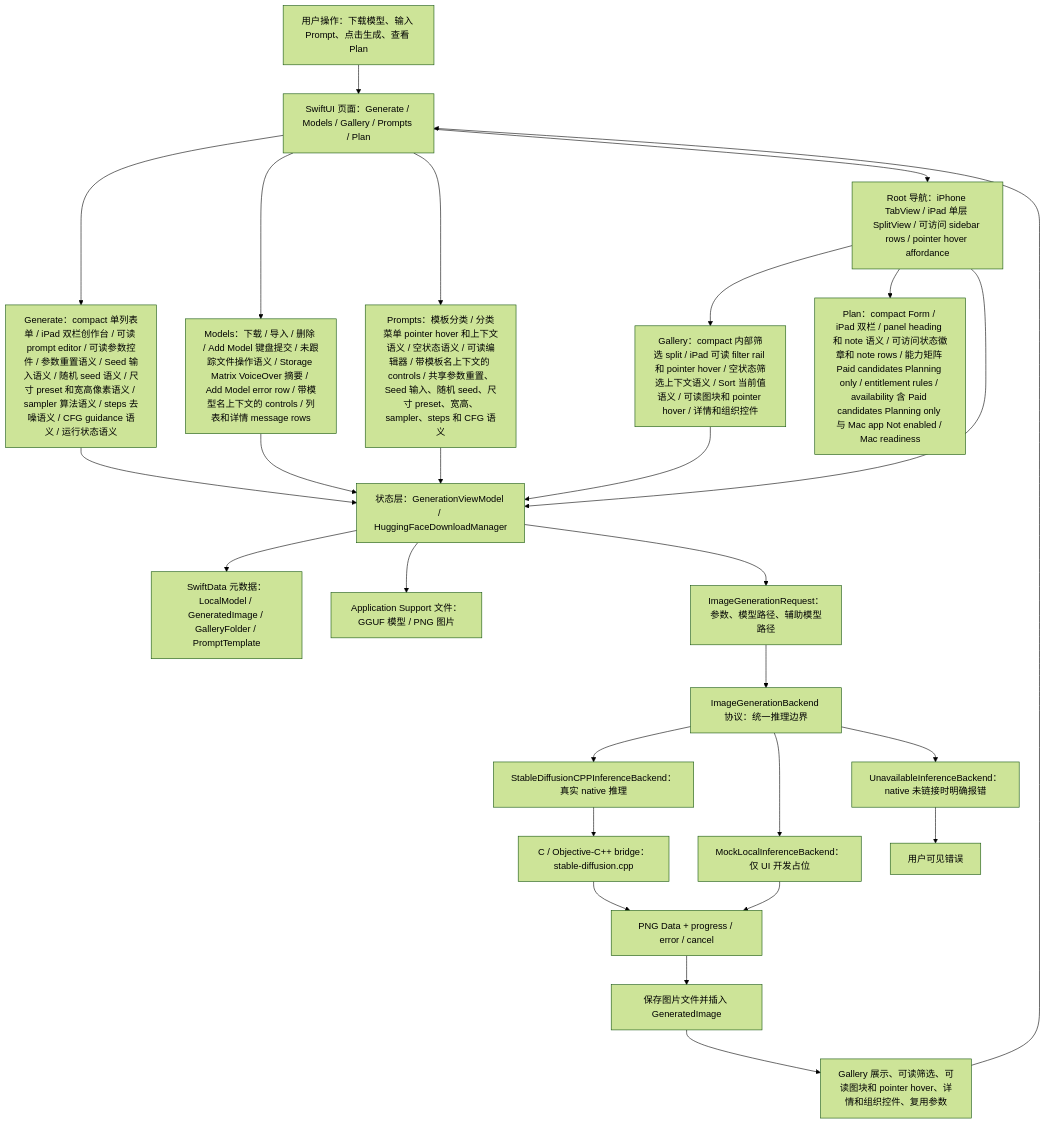
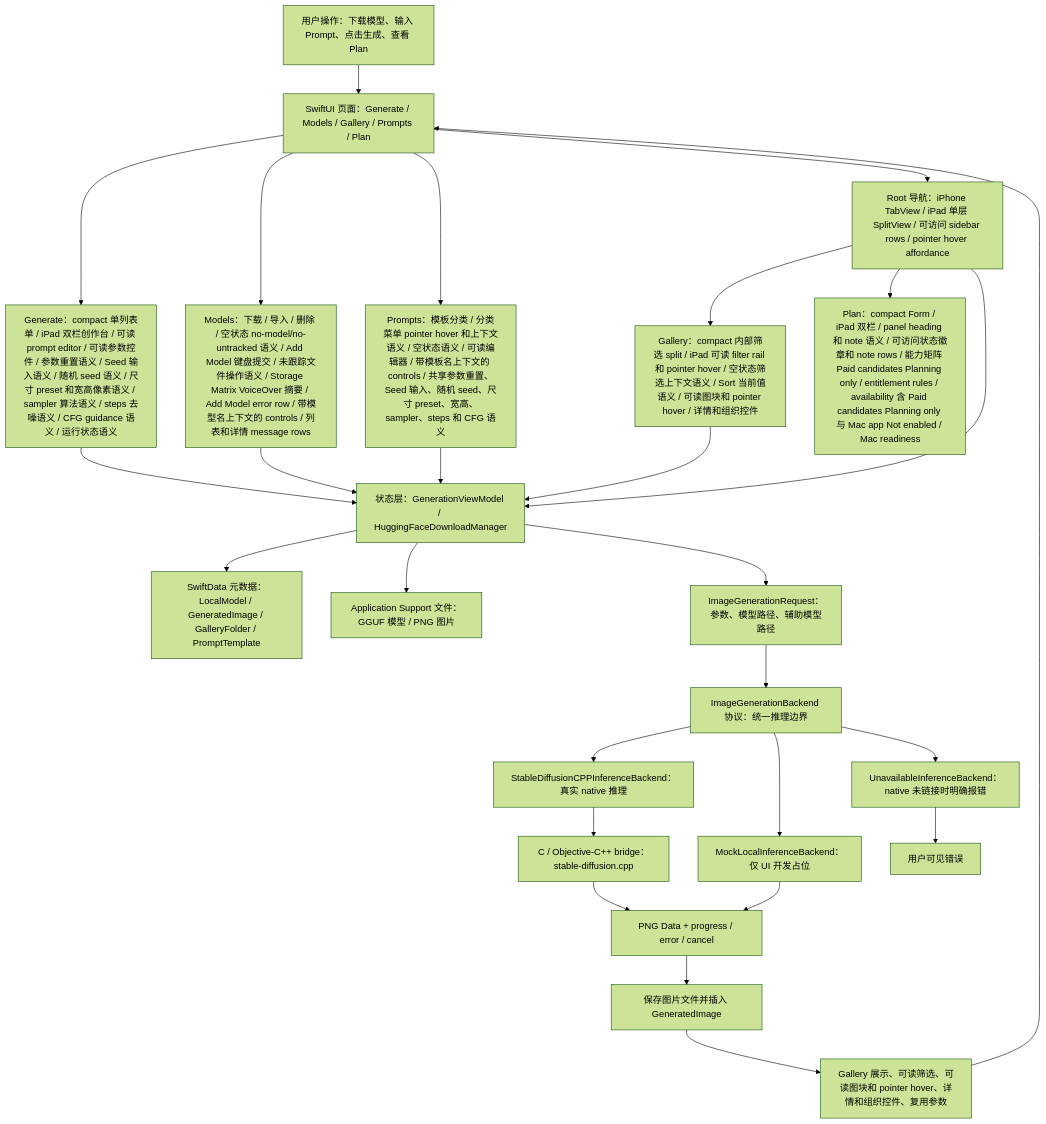
Before and after one commit to Altman-sam114/118: the first of 7 diagrams in md/flow/flowchart.md, drawn with Mermaid (forest theme). The commit also changed other lines of this file and 5 other files, not shown here.

````diff
--- a/md/flow/flowchart.md
+++ b/md/flow/flowchart.md
@@ -9,29 +9,29 @@
 ```mermaid
 flowchart TD
   U["用户操作：下载模型、输入 Prompt、点击生成、查看 Plan"] --> UI["SwiftUI 页面：Generate / Models / Gallery / Prompts / Plan"]
   UI --> GENUI["Generate：compact 单列表单 / iPad 双栏创作台 / 可读 prompt editor / 可读参数控件 / 参数重置语义 / Seed 输入语义 / 随机 seed 语义 / 尺寸 preset 和宽高像素语义 / sampler 算法语义 / steps 去噪语义 / CFG guidance 语义 / 运行状态语义"]
-  UI --> MODELUI["Models：下载 / 导入 / 删除 / Add Model 键盘提交 / 未跟踪文件操作语义 / Storage Matrix VoiceOver 摘要 / Add Model error row / 带模型名上下文的 controls / 列表和详情 message rows"]
+  UI --> MODELUI["Models：下载 / 导入 / 删除 / 空状态 no-model/no-untracked 语义 / Add Model 键盘提交 / 未跟踪文件操作语义 / Storage Matrix VoiceOver 摘要 / Add Model error row / 带模型名上下文的 controls / 列表和详情 message rows"]
   UI --> PROMPTUI["Prompts：模板分类 / 分类菜单 pointer hover 和上下文语义 / 空状态语义 / 可读编辑器 / 带模板名上下文的 controls / 共享参数重置、Seed 输入、随机 seed、尺寸 preset、宽高、sampler、steps 和 CFG 语义"]
   UI --> NAV["Root 导航：iPhone TabView / iPad 单层 SplitView / 可访问 sidebar rows / pointer hover affordance"]
   NAV --> GALUI["Gallery：compact 内部筛选 split / iPad 可读 filter rail 和 pointer hover / 空状态筛选上下文语义 / Sort 当前值语义 / 可读图块和 pointer hover / 详情和组织控件"]
   NAV --> PLANUI["Plan：compact Form / iPad 双栏 / panel heading 和 note 语义 / 可访问状态徽章和 note rows / 能力矩阵 Paid candidates Planning only / entitlement rules / availability 含 Paid candidates Planning only 与 Mac app Not enabled / Mac readiness"]
   NAV --> VM["状态层：GenerationViewModel / HuggingFaceDownloadManager"]
   GENUI --> VM
   MODELUI --> VM
   PROMPTUI --> VM
   GALUI --> VM
   VM --> SD["SwiftData 元数据：LocalModel / GeneratedImage / GalleryFolder / PromptTemplate"]
   VM --> FS["Application Support 文件：GGUF 模型 / PNG 图片"]
   VM --> REQ["ImageGenerationRequest：参数、模型路径、辅助模型路径"]
   REQ --> IFACE["ImageGenerationBackend 协议：统一推理边界"]
   IFACE --> NATIVE["StableDiffusionCPPInferenceBackend：真实 native 推理"]
   IFACE --> MOCK["MockLocalInferenceBackend：仅 UI 开发占位"]
   IFACE --> OFF["UnavailableInferenceBackend：native 未链接时明确报错"]
   NATIVE --> BRIDGE["C / Objective-C++ bridge：stable-diffusion.cpp"]
   BRIDGE --> PNG["PNG Data + progress / error / cancel"]
   MOCK --> PNG
   OFF --> ERR["用户可见错误"]
   PNG --> SAVE["保存图片文件并插入 GeneratedImage"]
   SAVE --> GALLERY["Gallery 展示、可读筛选、可读图块和 pointer hover、详情和组织控件、复用参数"]
   GALLERY --> UI
 ```
````
